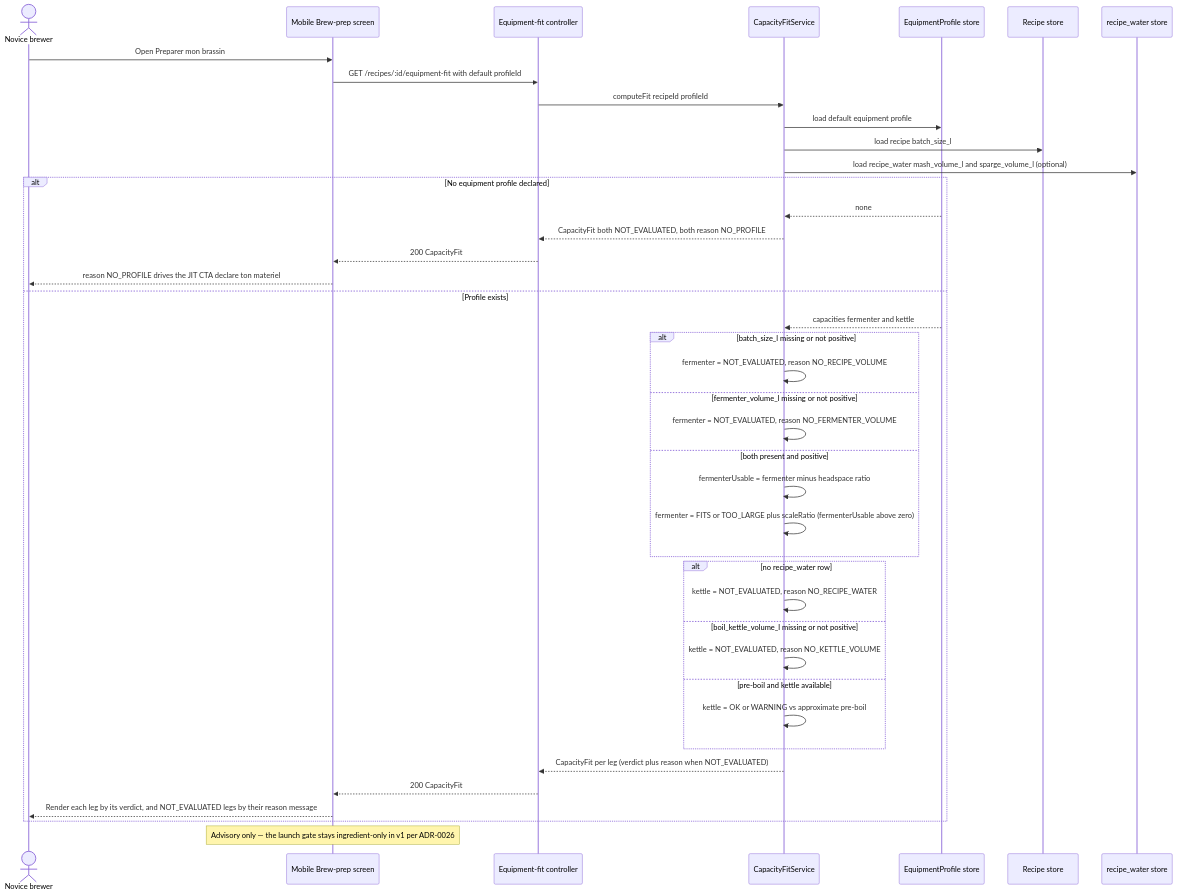
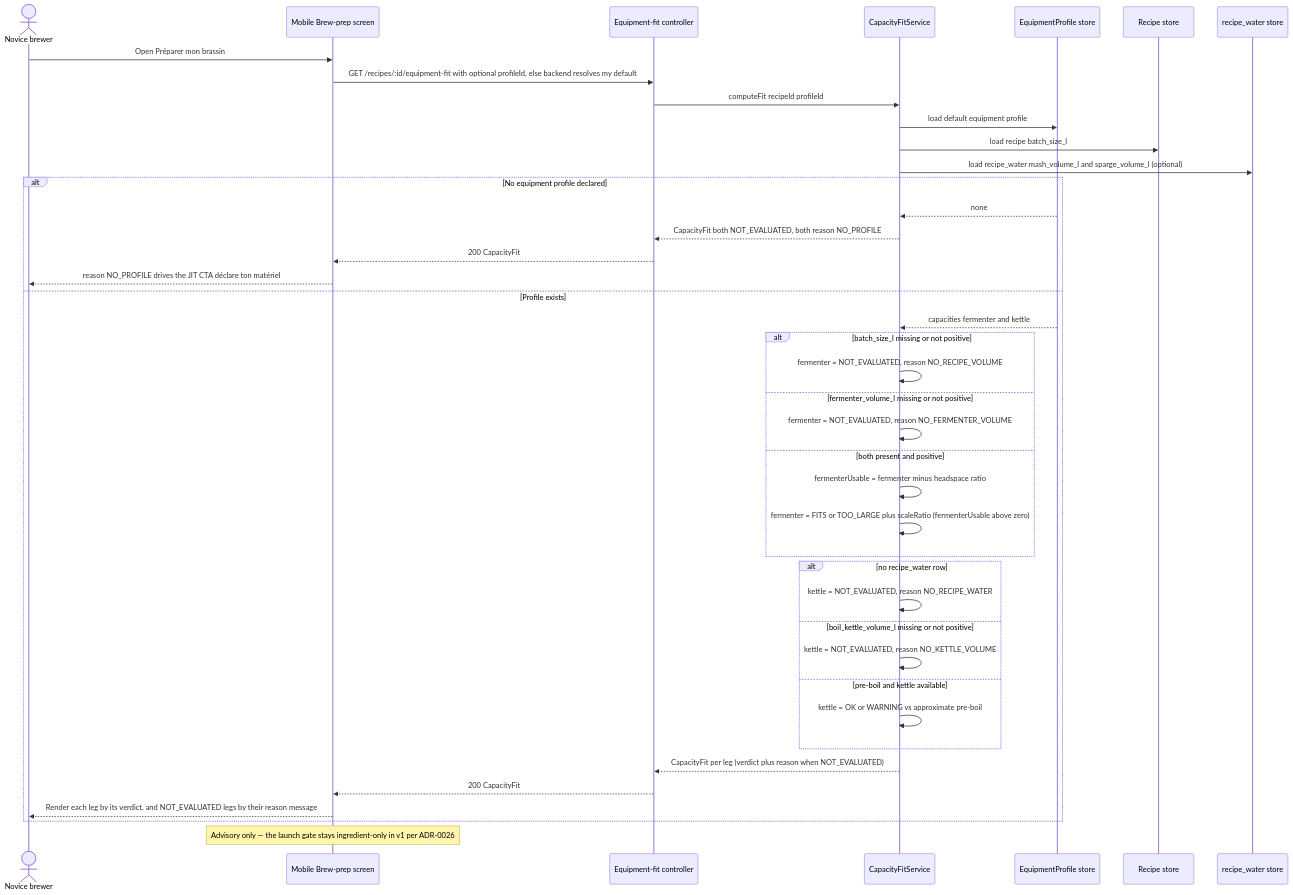
One commit to benoit-bremaud/brasse-bouillon changed the diagram in docs/architecture/diagrams/brew-prep/02b-sequence-capacity-fit.md. Above: the diagram before and after it, drawn with Mermaid. The commit also changed 2 other files, not shown here.

Commit message:
docs(brew-prep): address Copilot + Codex review on ADR-0026
- HEADSPACE_RATIO default 0.20 -> 0.10 so the shipped guided first brew
  (batch_size_l 4.3 in a 5 L demijohn) reads FITS, not TOO_LARGE (Codex P2);
  reconcile the 20-25% norm as the deferred per-style refinement; TOO_LARGE
  is a strict > so a boundary-equal recipe reads FITS.
- fermenterUsableL is DERIVED (capacity x (1 - headspace)), not a raw alias
  of fermenter_volume_l (Codex P2).
- Profile selection: no persisted default marker exists; v1 uses the single
  or most-recently-created profile (listMine created_at DESC); endpoint takes
  an optional profileId (Codex P2).
- EquipmentProfile -> CapacityFit multiplicity 1 -> 0..1 (no-profile is valid,
  Copilot).
- 02b: French accents (Préparer mon brassin, déclare ton matériel) + the
  request no longer implies a profileId always exists (Copilot).

````diff
--- a/docs/architecture/diagrams/brew-prep/02b-sequence-capacity-fit.md
+++ b/docs/architecture/diagrams/brew-prep/02b-sequence-capacity-fit.md
@@ -15,44 +15,44 @@
 ```mermaid
 sequenceDiagram
   actor B as Novice brewer
   participant M as Mobile Brew-prep screen
   participant API as Equipment-fit controller
   participant FS as CapacityFitService
   participant EP as EquipmentProfile store
   participant R as Recipe store
   participant RW as recipe_water store
 
-  B->>M: Open Preparer mon brassin
-  M->>API: GET /recipes/:id/equipment-fit with default profileId
+  B->>M: Open Préparer mon brassin
+  M->>API: GET /recipes/:id/equipment-fit with optional profileId, else backend resolves my default
   API->>FS: computeFit recipeId profileId
   FS->>EP: load default equipment profile
   FS->>R: load recipe batch_size_l
   FS->>RW: load recipe_water mash_volume_l and sparge_volume_l (optional)
   alt No equipment profile declared
     EP-->>FS: none
     FS-->>API: CapacityFit both NOT_EVALUATED, both reason NO_PROFILE
     API-->>M: 200 CapacityFit
-    M-->>B: reason NO_PROFILE drives the JIT CTA declare ton materiel
+    M-->>B: reason NO_PROFILE drives the JIT CTA déclare ton matériel
   else Profile exists
     EP-->>FS: capacities fermenter and kettle
     alt batch_size_l missing or not positive
       FS->>FS: fermenter = NOT_EVALUATED, reason NO_RECIPE_VOLUME
     else fermenter_volume_l missing or not positive
       FS->>FS: fermenter = NOT_EVALUATED, reason NO_FERMENTER_VOLUME
     else both present and positive
       FS->>FS: fermenterUsable = fermenter minus headspace ratio
       FS->>FS: fermenter = FITS or TOO_LARGE plus scaleRatio (fermenterUsable above zero)
     end
     alt no recipe_water row
       FS->>FS: kettle = NOT_EVALUATED, reason NO_RECIPE_WATER
     else boil_kettle_volume_l missing or not positive
       FS->>FS: kettle = NOT_EVALUATED, reason NO_KETTLE_VOLUME
     else pre-boil and kettle available
       FS->>FS: kettle = OK or WARNING vs approximate pre-boil
     end
     FS-->>API: CapacityFit per leg (verdict plus reason when NOT_EVALUATED)
     API-->>M: 200 CapacityFit
     M-->>B: Render each leg by its verdict, and NOT_EVALUATED legs by their reason message
   end
   Note over M: Advisory only — the launch gate stays ingredient-only in v1 per ADR-0026
 ```
````
